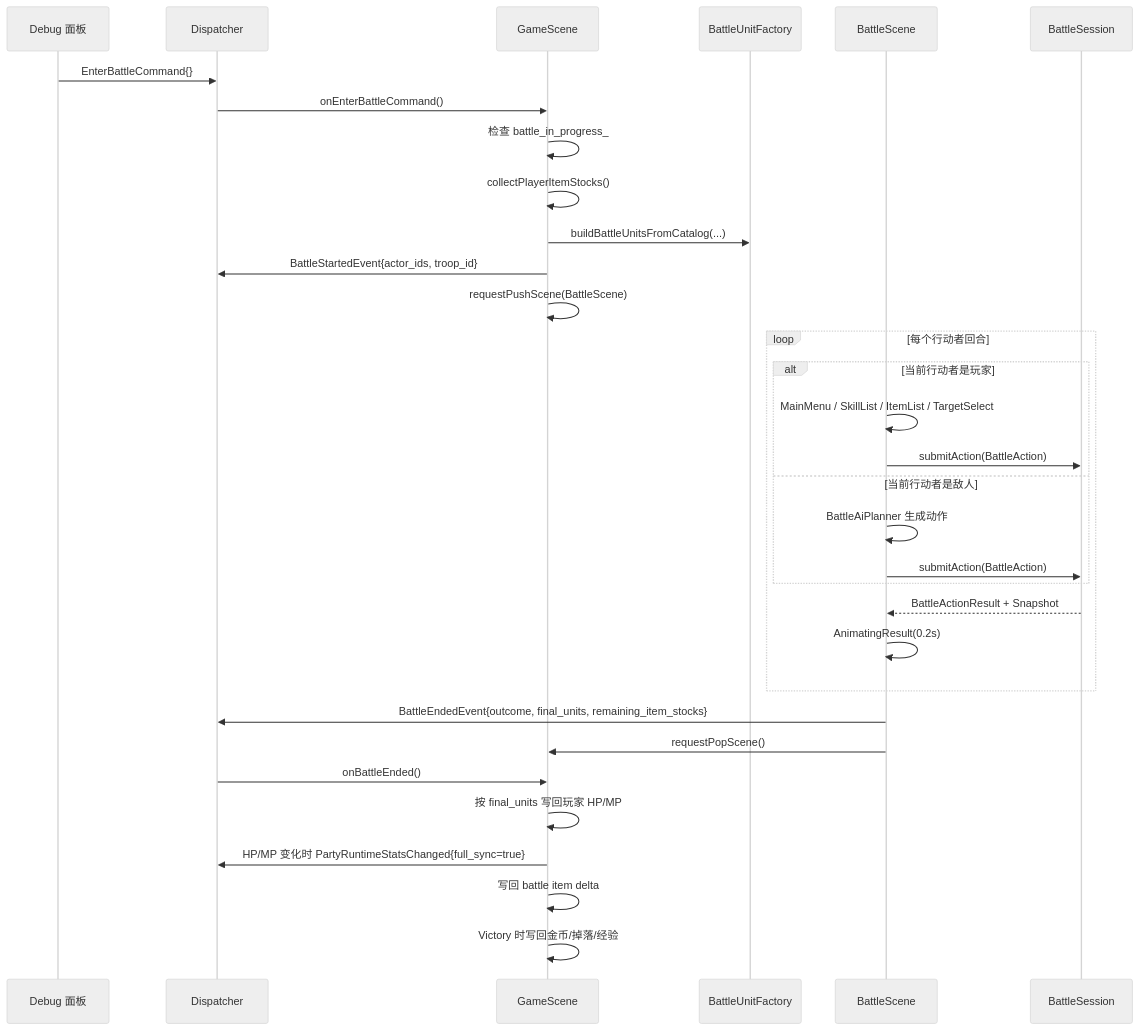
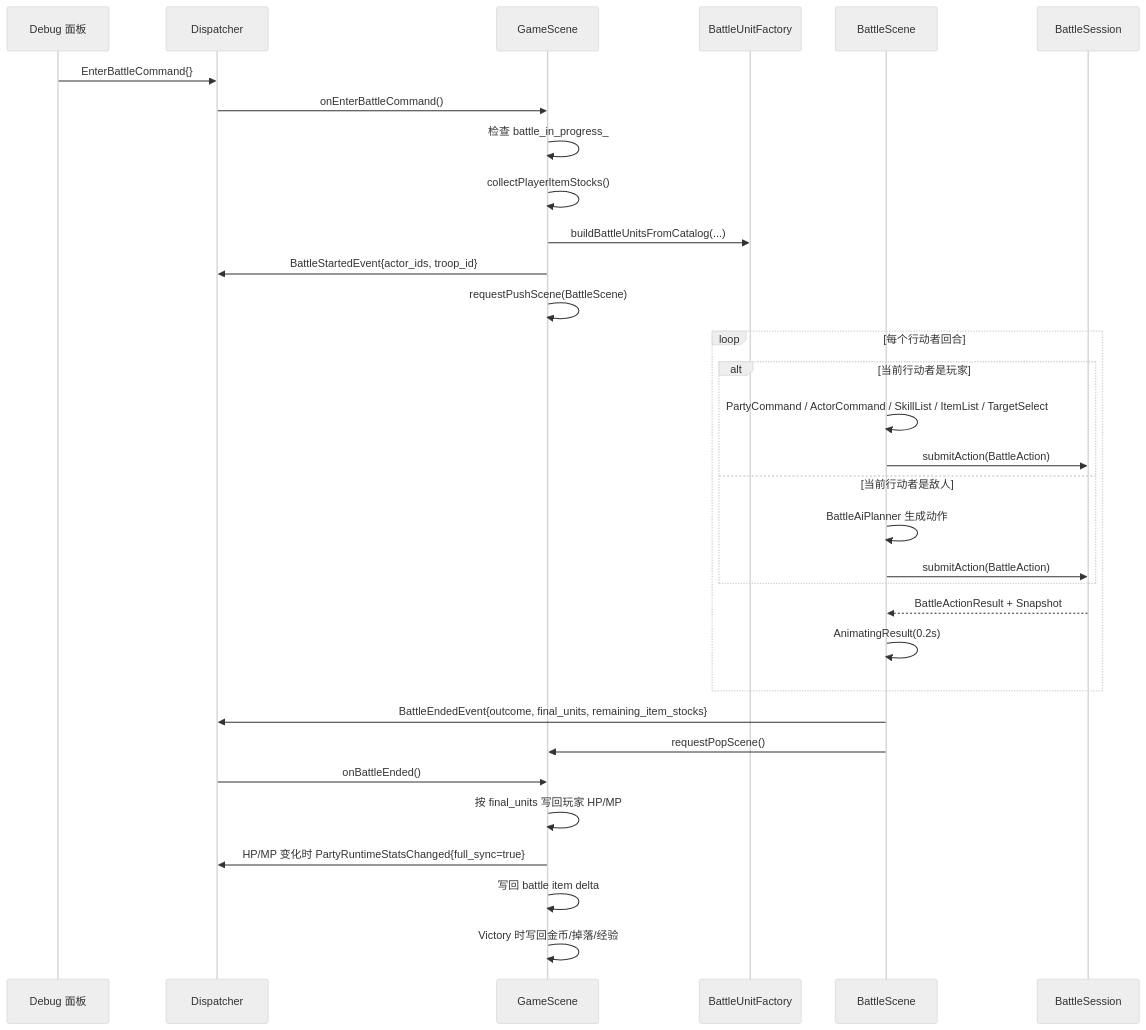
One commit to WispSnow/TinyFarmRPG changed the eighth of 8 diagrams in docs/gameplay/turn-based-battle.md. Above: the diagram before and after it, drawn with Mermaid (neutral theme). The commit also changed other lines of this file and 8 other files, not shown here.

````diff
--- a/docs/gameplay/turn-based-battle.md
+++ b/docs/gameplay/turn-based-battle.md
@@ -459,37 +460,37 @@
 ```mermaid
 sequenceDiagram
     participant DBG as Debug 面板
     participant D as Dispatcher
     participant GS as GameScene
     participant BUF as BattleUnitFactory
     participant BS as BattleScene
     participant SE as BattleSession
 
     DBG->>D: EnterBattleCommand{}
     D->>GS: onEnterBattleCommand()
     GS->>GS: 检查 battle_in_progress_
     GS->>GS: collectPlayerItemStocks()
     GS->>BUF: buildBattleUnitsFromCatalog(...)
     GS->>D: BattleStartedEvent{actor_ids, troop_id}
     GS->>GS: requestPushScene(BattleScene)
 
     loop 每个行动者回合
         alt 当前行动者是玩家
-            BS->>BS: MainMenu / SkillList / ItemList / TargetSelect
+            BS->>BS: PartyCommand / ActorCommand / SkillList / ItemList / TargetSelect
             BS->>SE: submitAction(BattleAction)
         else 当前行动者是敌人
             BS->>BS: BattleAiPlanner 生成动作
             BS->>SE: submitAction(BattleAction)
         end
         SE-->>BS: BattleActionResult + Snapshot
         BS->>BS: AnimatingResult(0.2s)
     end
 
     BS->>D: BattleEndedEvent{outcome, final_units, remaining_item_stocks}
     BS->>GS: requestPopScene()
     D->>GS: onBattleEnded()
     GS->>GS: 按 final_units 写回玩家 HP/MP
     GS->>D: HP/MP 变化时 PartyRuntimeStatsChanged{full_sync=true}
     GS->>GS: 写回 battle item delta
     GS->>GS: Victory 时写回金币/掉落/经验
 ```
````
